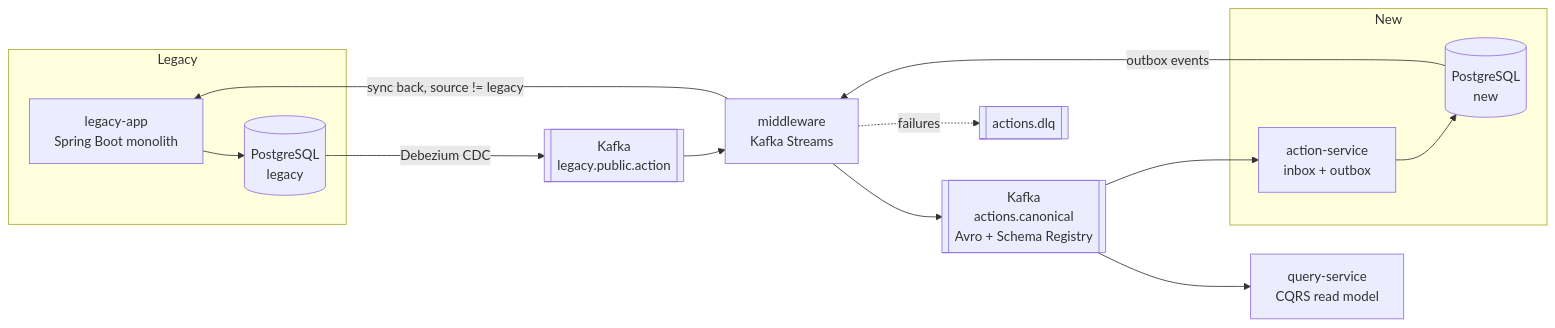
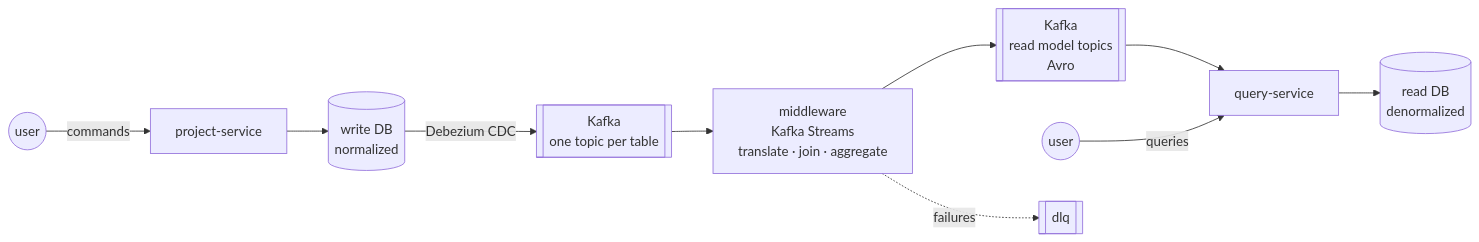
One commit to malekinasim/cdc-modernization-demo changed the diagram in README.md. Above: the diagram before and after it, drawn with Mermaid. The commit also changed other lines of this file and 15 other files, not shown here.

First line of the commit message:
Simplify to three modules: project-service, middleware, query-service

````diff
--- a/README.md
+++ b/README.md
@@ -19,22 +19,12 @@
 ```mermaid
 flowchart LR
-    subgraph Legacy
-        LA[legacy-app<br/>Spring Boot monolith] --> LDB[(PostgreSQL<br/>legacy)]
-    end
-
-    LDB -- Debezium CDC --> K1[[Kafka<br/>legacy.public.action]]
-    K1 --> MW[middleware<br/>Kafka Streams]
-    MW --> K2[[Kafka<br/>actions.canonical<br/>Avro + Schema Registry]]
-
-    subgraph New
-        AS[action-service<br/>inbox + outbox] --> NDB[(PostgreSQL<br/>new)]
-    end
-
-    K2 --> AS
-    NDB -- outbox events --> MW
-    MW -- sync back, source != legacy --> LA
-
-    K2 --> QS[query-service<br/>CQRS read model]
-
-    MW -. failures .-> DLQ[[actions.dlq]]
+    U1((user)) -- commands --> PS[project-service]
+    PS --> WDB[(write DB<br/>normalized)]
+    WDB -- Debezium CDC --> K1[[Kafka<br/>one topic per table]]
+    K1 --> MW[middleware<br/>Kafka Streams<br/>translate · join · aggregate]
+    MW --> K2[[Kafka<br/>read model topics<br/>Avro]]
+    K2 --> QS[query-service]
+    QS --> RDB[(read DB<br/>denormalized)]
+    U2((user)) -- queries --> QS
+    MW -. failures .-> DLQ[[dlq]]
 ```
````
